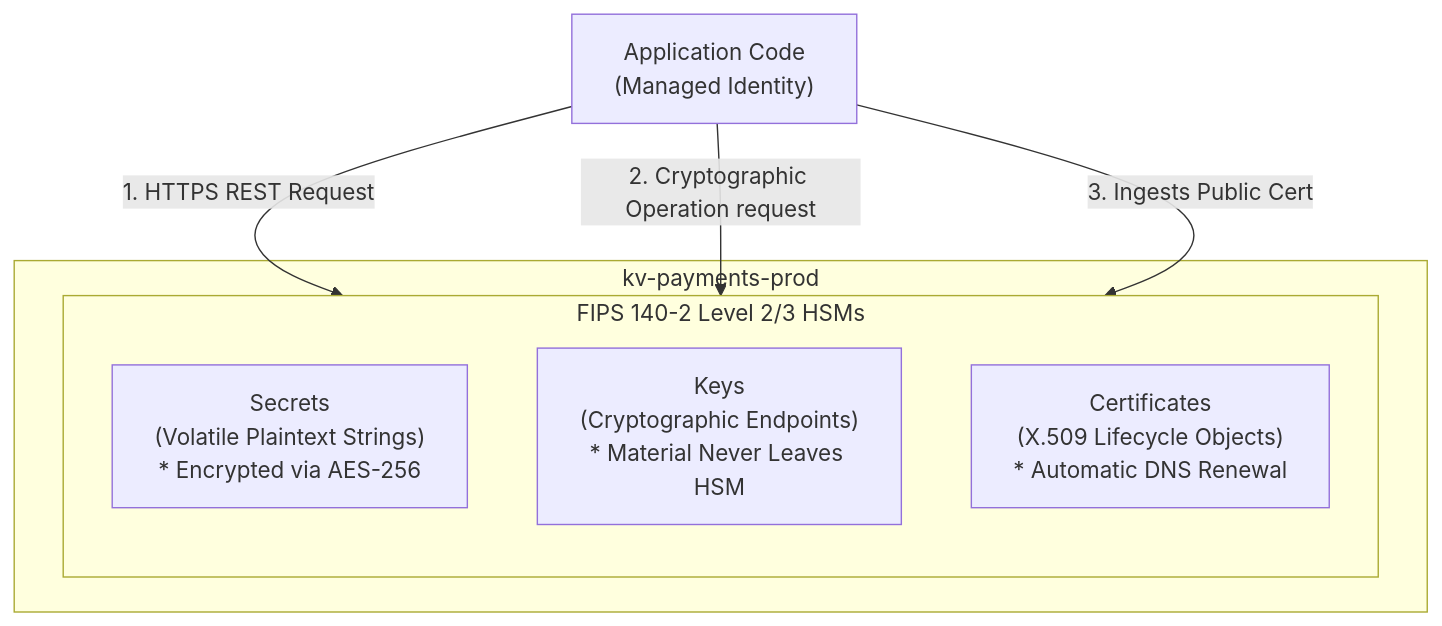
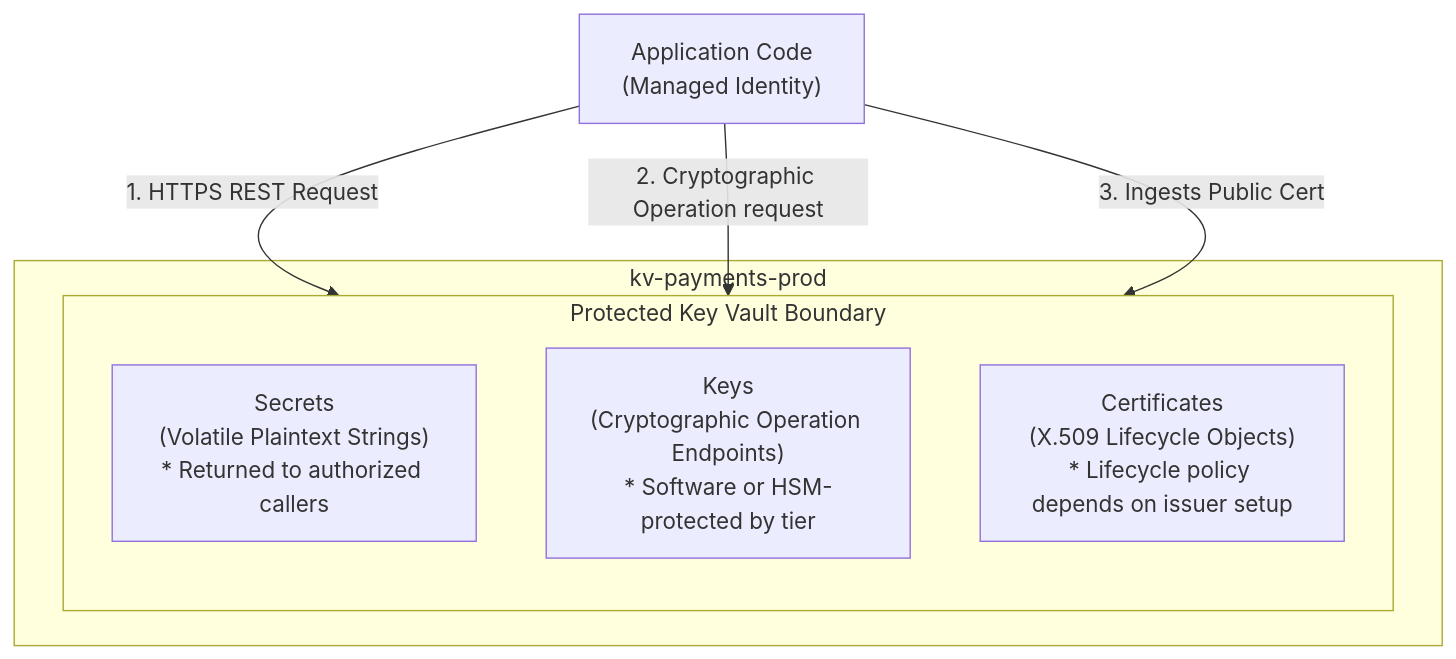
One commit to senlinyy/dev-roadmaps changed the first of 3 diagrams in cloud-providers/azure/identity-security/key-vault.md. Above: the diagram before and after it, drawn with Mermaid. The commit also changed other lines of this file and 530 other files, not shown here.

````diff
--- a/cloud-providers/azure/identity-security/key-vault.md
+++ b/cloud-providers/azure/identity-security/key-vault.md
@@ -35,15 +35,15 @@
 ```mermaid
 flowchart TD
     subgraph Azure Key Vault Boundary [kv-payments-prod]
-        subgraph HSM Tiers [FIPS 140-2 Level 2/3 HSMs]
+        subgraph ProtectedStore [Protected Key Vault Boundary]
             direction TB
-            Secret["Secrets<br/>(Volatile Plaintext Strings)<br/>* Encrypted via AES-256"]
-            Key["Keys<br/>(Cryptographic Endpoints)<br/>* Material Never Leaves HSM"]
-            Cert["Certificates<br/>(X.509 Lifecycle Objects)<br/>* Automatic DNS Renewal"]
+            Secret["Secrets<br/>(Volatile Plaintext Strings)<br/>* Returned to authorized callers"]
+            Key["Keys<br/>(Cryptographic Operation Endpoints)<br/>* Software or HSM-protected by tier"]
+            Cert["Certificates<br/>(X.509 Lifecycle Objects)<br/>* Lifecycle policy depends on issuer setup"]
         end
     end
 
     App["Application Code<br/>(Managed Identity)"] --> |1. HTTPS REST Request| Secret
     App --> |2. Cryptographic Operation request| Key
     App --> |3. Ingests Public Cert| Cert
 ```
````
